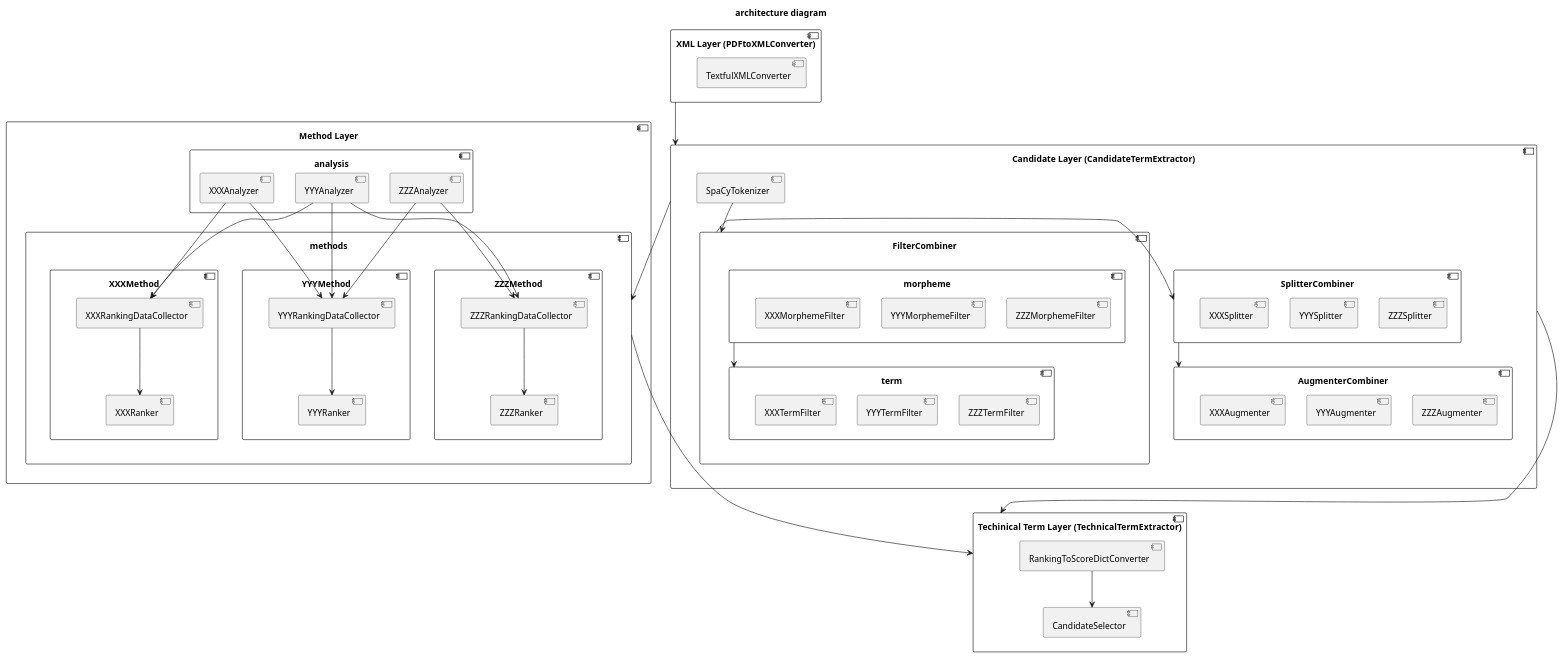
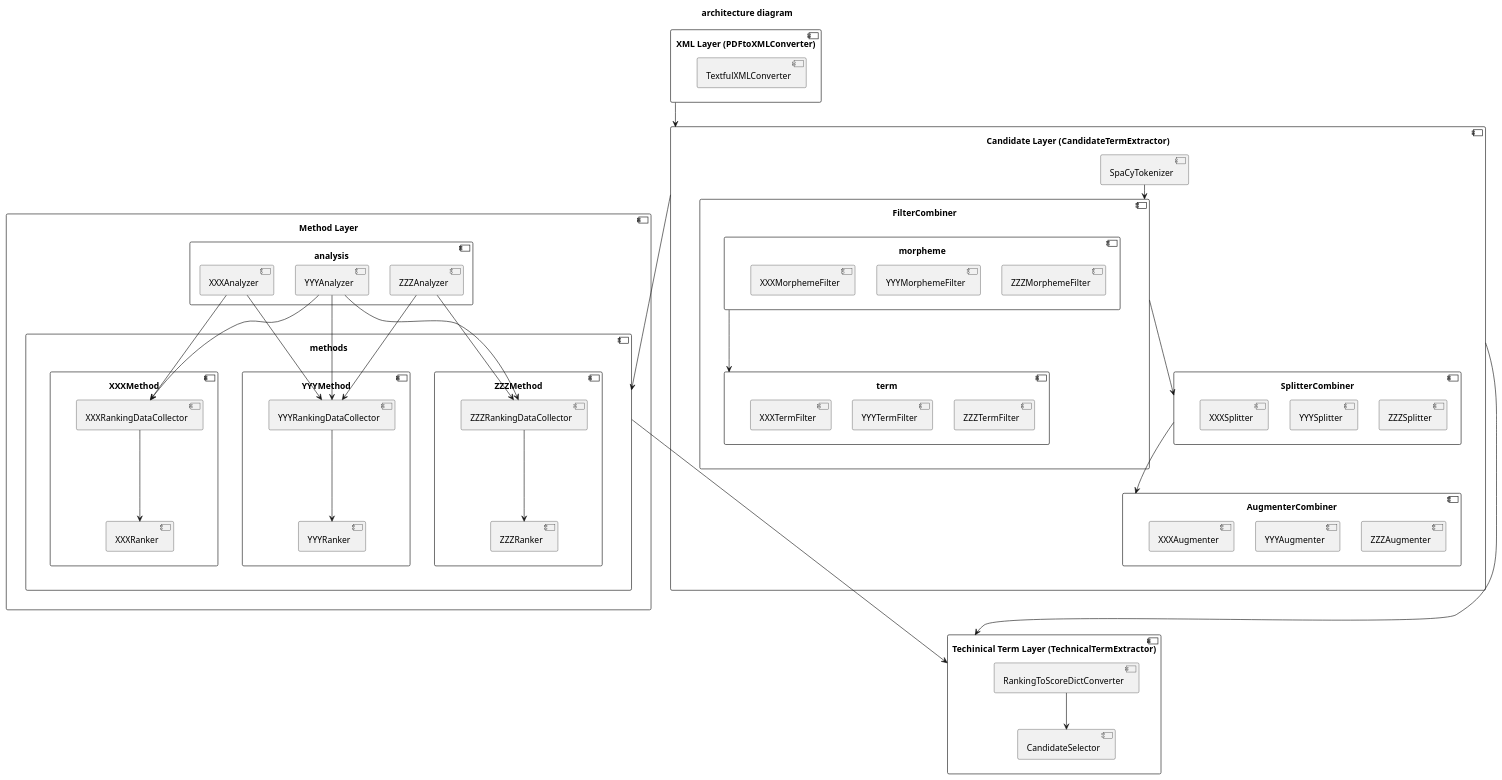
The diagram in docs/architecture.puml (kumachan-mis/py-pdf-term), drawn with PlantUML before and after one commit.

```diff
--- a/docs/architecture.puml
+++ b/docs/architecture.puml
@@ -1,112 +1,112 @@
 @startuml
 title "architecture diagram"
 
 component "XML Layer (PDFtoXMLConverter)" as XMLLayer {
     component TextfulXMLConverter
 }
 
 component "Candidate Layer (CandidateTermExtractor)" as CandidateLayer {
     component SpaCyTokenizer
     component FilterCombiner {
         component morpheme {
             component XXXMorphemeFilter
             component YYYMorphemeFilter
             component ZZZMorphemeFilter
 
             XXXMorphemeFilter -[hidden]right- YYYMorphemeFilter
             YYYMorphemeFilter -[hidden]right- ZZZMorphemeFilter
         }
 
         component term {
             component XXXTermFilter
             component YYYTermFilter
             component ZZZTermFilter
 
             XXXTermFilter -[hidden]right- YYYTermFilter
             YYYTermFilter -[hidden]right- ZZZTermFilter
         }
         morpheme -down-> term
     }
 
     component SplitterCombiner {
         component XXXSplitter
         component YYYSplitter
         component ZZZSplitter
 
         XXXSplitter -[hidden]right- YYYSplitter
         YYYSplitter -[hidden]right- ZZZSplitter
     }
 
     component AugmenterCombiner {
         component XXXAugmenter
         component YYYAugmenter
         component ZZZAugmenter
 
         XXXAugmenter -[hidden]right- YYYAugmenter
         YYYAugmenter -[hidden]right- ZZZAugmenter
     }
 
     SpaCyTokenizer -down-> FilterCombiner
-    FilterCombiner -right-> SplitterCombiner
+    FilterCombiner -down-> SplitterCombiner
     SplitterCombiner -down-> AugmenterCombiner
     
 }
 
 component "Method Layer" as MethodLayer {
     component analysis {
         component XXXAnalyzer
         component YYYAnalyzer
         component ZZZAnalyzer
 
         XXXAnalyzer -[hidden]right- YYYAnalyzer
         YYYAnalyzer -[hidden]right- ZZZAnalyzer
     }
 
     component methods {
         component XXXMethod {
             component XXXRankingDataCollector
             component XXXRanker
 
             XXXRankingDataCollector -down-> XXXRanker
         }
 
         component YYYMethod {
             component YYYRankingDataCollector
             component YYYRanker
 
             YYYRankingDataCollector -down-> YYYRanker
         }
 
         component ZZZMethod {
             component ZZZRankingDataCollector
             component ZZZRanker
 
             ZZZRankingDataCollector -down-> ZZZRanker
         }
 
         XXXMethod -[hidden]right- YYYMethod
         YYYMethod -[hidden]right- ZZZMethod
     }
 
     XXXAnalyzer -down-> XXXRankingDataCollector
     YYYAnalyzer -down-> XXXRankingDataCollector
     XXXAnalyzer -down-> YYYRankingDataCollector
     YYYAnalyzer -down-> YYYRankingDataCollector
     ZZZAnalyzer -down-> YYYRankingDataCollector
     YYYAnalyzer -down-> ZZZRankingDataCollector
     ZZZAnalyzer -down-> ZZZRankingDataCollector
 }
 
 component "Techinical Term Layer (TechnicalTermExtractor)" as TechinicalTermLayer {
     component RankingToScoreDictConverter
     component CandidateSelector
     RankingToScoreDictConverter -down->  CandidateSelector
 }
 
 XMLLayer -down-> CandidateLayer
-CandidateLayer -down-> methods
+CandidateLayer --down-> methods
 CandidateLayer ---down-> TechinicalTermLayer
-methods --down-> TechinicalTermLayer
+methods ---down-> TechinicalTermLayer
 
 
 @enduml
```
